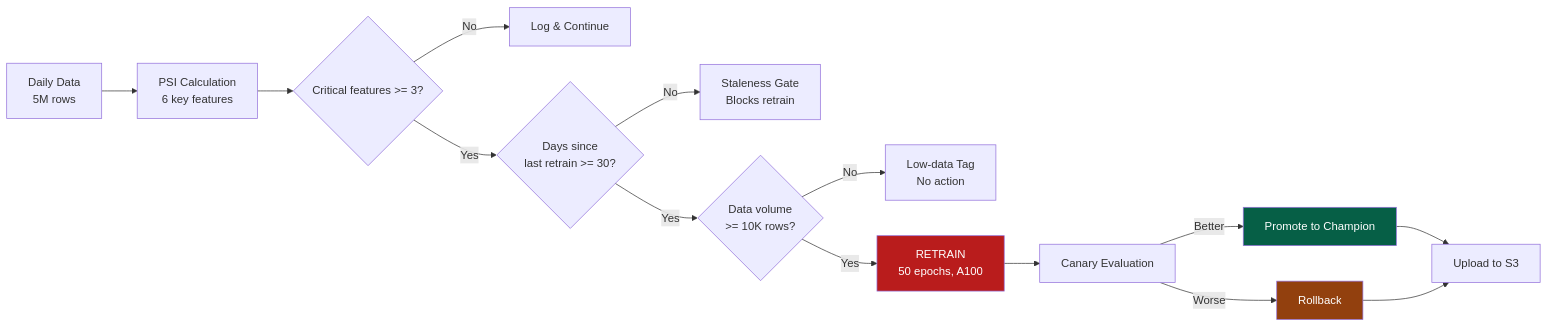
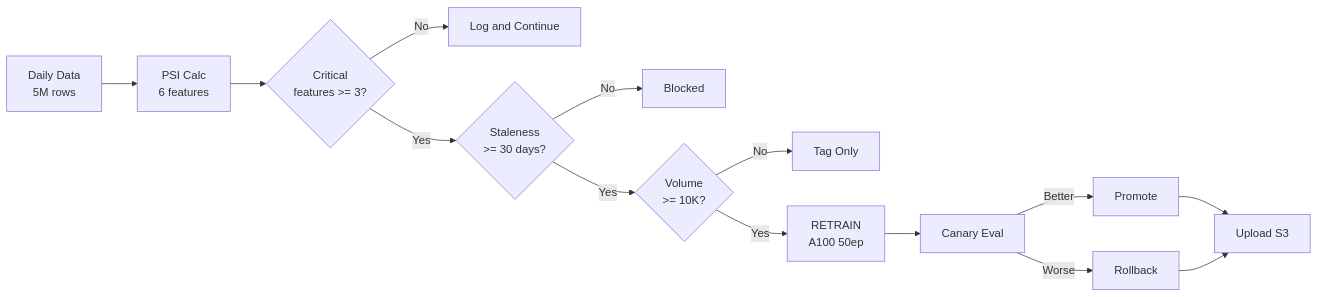
The third of 3 diagrams in README.md (AIML-Engineering-Lab/053_dram_memory_yield_mlops), drawn with Mermaid before and after one commit. The commit also changed other lines of this file and 110 other files, not shown here.

````diff
--- a/README.md
+++ b/README.md
@@ -167,20 +198,16 @@
 ```mermaid
 flowchart LR
-    A["Daily Data<br/>5M rows"] --> B["PSI Calculation<br/>6 key features"]
-    B --> C{Critical features >= 3?}
-    C -->|No| D["Log & Continue"]
-    C -->|Yes| E{Days since<br/>last retrain >= 30?}
-    E -->|No| F["Staleness Gate<br/>Blocks retrain"]
-    E -->|Yes| G{Data volume<br/>>= 10K rows?}
-    G -->|No| H["Low-data Tag<br/>No action"]
-    G -->|Yes| I["RETRAIN<br/>50 epochs, A100"]
-    I --> J["Canary Evaluation"]
-    J -->|Better| K["Promote to Champion"]
-    J -->|Worse| L["Rollback"]
-    K --> M["Upload to S3"]
+    A[Daily Data\n5M rows] --> B[PSI Calc\n6 features]
+    B --> C{Critical\nfeatures >= 3?}
+    C -->|No| D[Log and Continue]
+    C -->|Yes| E{Staleness\n>= 30 days?}
+    E -->|No| F[Blocked]
+    E -->|Yes| G{Volume\n>= 10K?}
+    G -->|No| H[Tag Only]
+    G -->|Yes| I[RETRAIN\nA100 50ep]
+    I --> J[Canary Eval]
+    J -->|Better| K[Promote]
+    J -->|Worse| L[Rollback]
+    K --> M[Upload S3]
     L --> M
-
-    style I fill:#b91c1c,color:#fff
-    style K fill:#065f46,color:#fff
-    style L fill:#92400e,color:#fff
 ```
````
